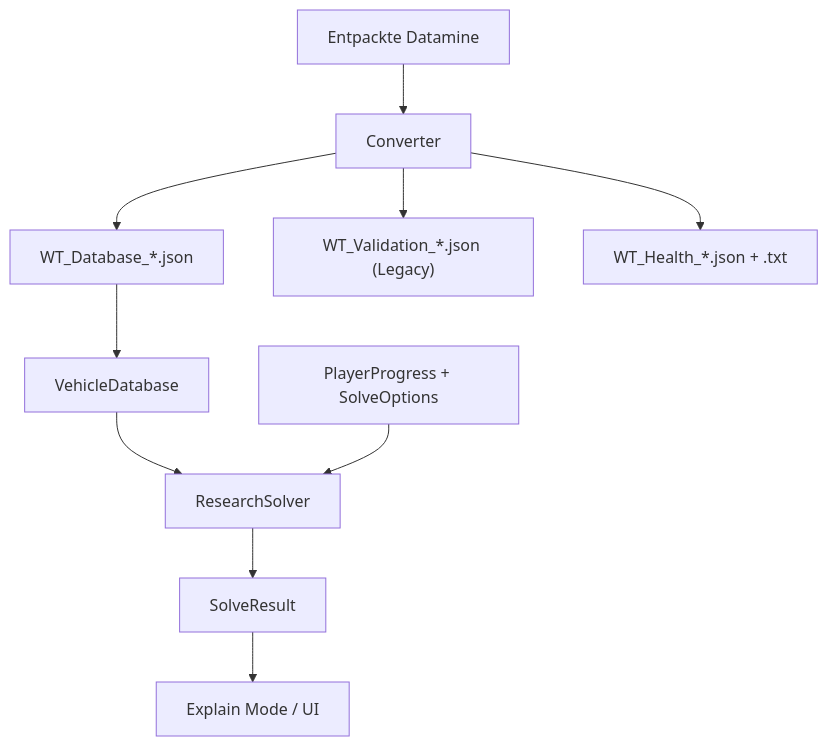
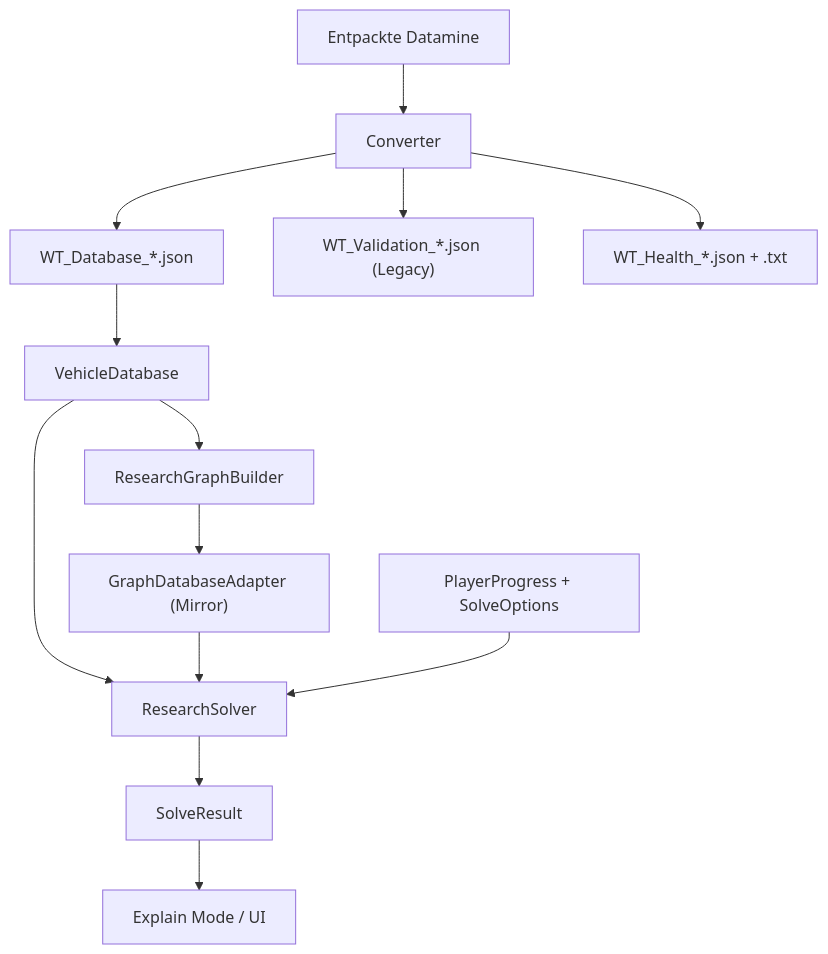
The diagram in docs/02_ARCHITECTURE.md (wursti10-cmyk/wurstbrot-suite), drawn with Mermaid before and after one commit. The commit also changed other lines of this file and 14 other files, not shown here.

First line of the commit message:
Accuracy: introduce graph abstraction layer (#5)

````diff
--- a/docs/02_ARCHITECTURE.md
+++ b/docs/02_ARCHITECTURE.md
@@ -17,12 +18,15 @@
 ```mermaid
 flowchart TD
   D["Entpackte Datamine"] --> C["Converter"]
   C --> J["WT_Database_*.json"]
   C --> V["WT_Validation_*.json (Legacy)"]
   C --> H["WT_Health_*.json + .txt"]
   J --> DB["VehicleDatabase"]
+  DB --> G["ResearchGraphBuilder"]
+  G --> A["GraphDatabaseAdapter (Mirror)"]
   DB --> S["ResearchSolver"]
+  A --> S
   P["PlayerProgress + SolveOptions"] --> S
   S --> R["SolveResult"]
   R --> E["Explain Mode / UI"]
 ```
````
